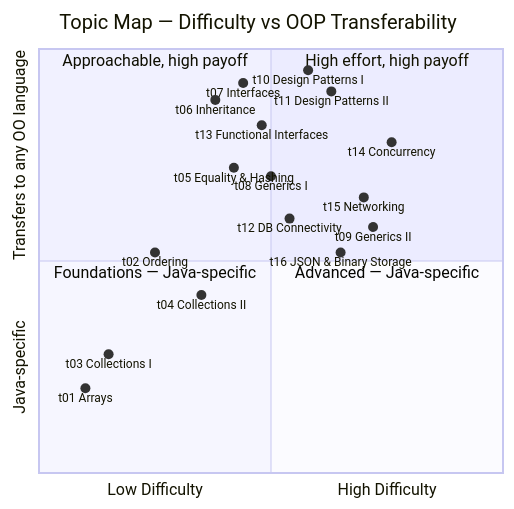
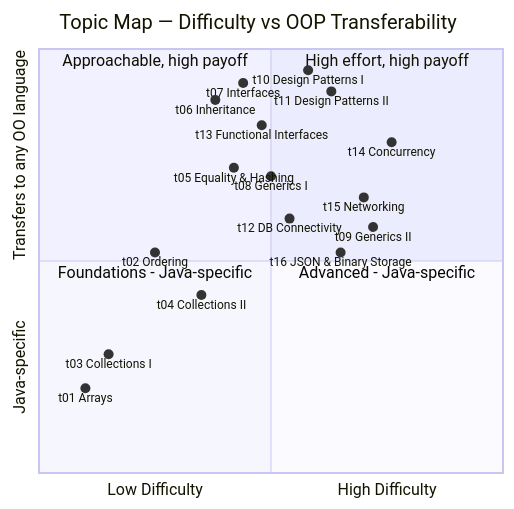
Before and after one commit to nmcguinness/L8---OOP---Module-Content: the diagram in README.md, drawn with Mermaid.

````diff
--- a/README.md
+++ b/README.md
@@ -47,26 +47,26 @@
 ```mermaid
 quadrantChart
     title Topic Map — Difficulty vs OOP Transferability
     x-axis Low Difficulty --> High Difficulty
     y-axis Java-specific --> Transfers to any OO language
     quadrant-1 High effort, high payoff
     quadrant-2 Approachable, high payoff
-    quadrant-3 Foundations — Java-specific
-    quadrant-4 Advanced — Java-specific
+    quadrant-3 Foundations - Java-specific
+    quadrant-4 Advanced - Java-specific
     t01 Arrays: [0.10, 0.20]
     t02 Ordering: [0.25, 0.52]
     t03 Collections I: [0.15, 0.28]
     t04 Collections II: [0.35, 0.42]
     t05 Equality & Hashing: [0.42, 0.72]
     t06 Inheritance: [0.38, 0.88]
     t07 Interfaces: [0.44, 0.92]
     t08 Generics I: [0.50, 0.70]
     t09 Generics II: [0.72, 0.58]
     t10 Design Patterns I: [0.58, 0.95]
     t11 Design Patterns II: [0.63, 0.90]
     t12 DB Connectivity: [0.54, 0.60]
     t13 Functional Interfaces: [0.48, 0.82]
     t14 Concurrency: [0.76, 0.78]
     t15 Networking: [0.70, 0.65]
     t16 JSON & Binary Storage: [0.65, 0.52]
 ```
````
